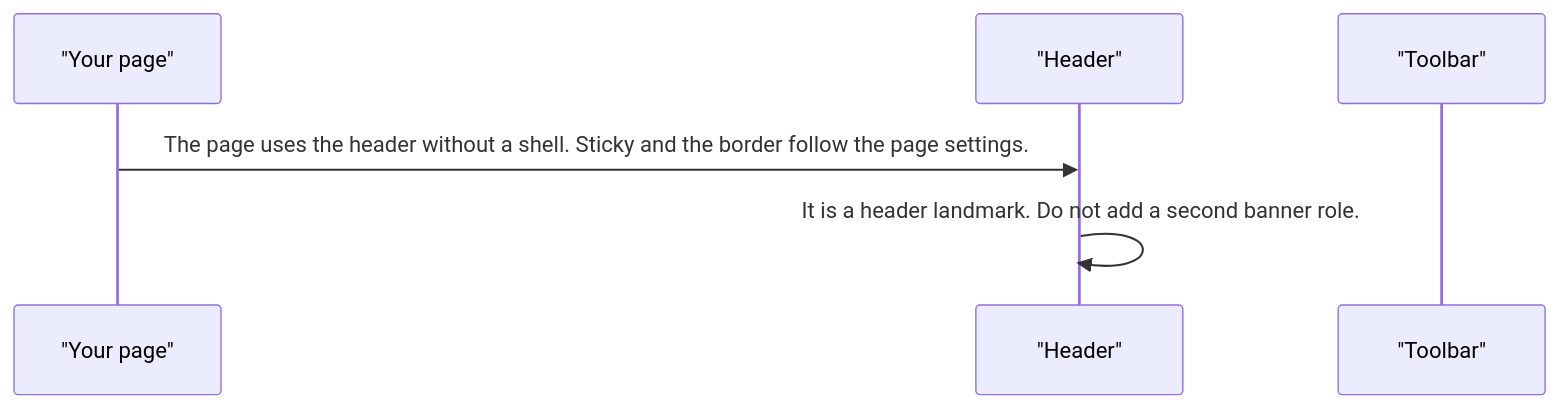
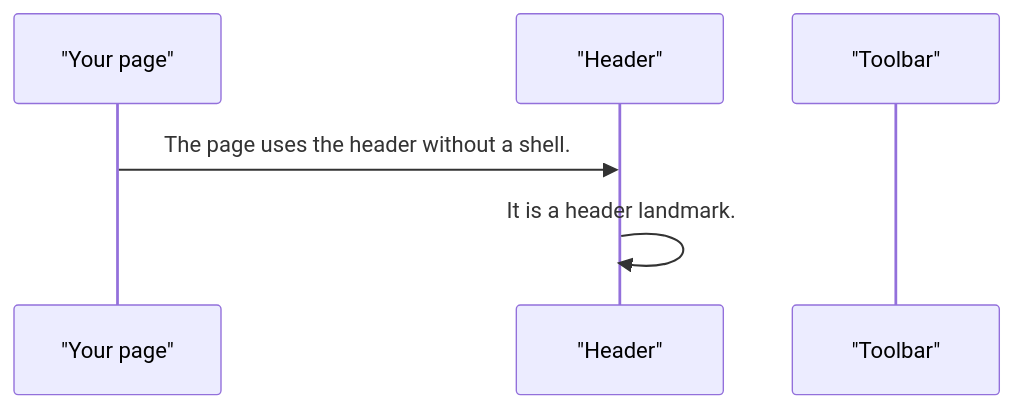
Before and after one commit to RajshekharBorate/pixel-ui: the second of 3 diagrams in projects/pixel-ui/src/lib/pixel-header/DESIGN.md, drawn with Mermaid. The commit also changed 80 other files, not shown here.

Commit message:
Fill missing design flows and correct the stories that did not match component behavior.

````diff
--- a/projects/pixel-ui/src/lib/pixel-header/DESIGN.md
+++ b/projects/pixel-ui/src/lib/pixel-header/DESIGN.md
@@ -45,8 +45,8 @@
 ```mermaid
 sequenceDiagram
   participant page as "Your page"
   participant header as "Header"
   participant bar as "Toolbar"
-  page->>header: The page uses the header without a shell. Sticky and the border follow the page settings.
-  header->>header: It is a header landmark. Do not add a second banner role.
+  page->>header: The page uses the header without a shell.
+  header->>header: It is a header landmark.
 ```
````
